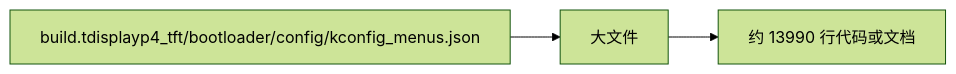
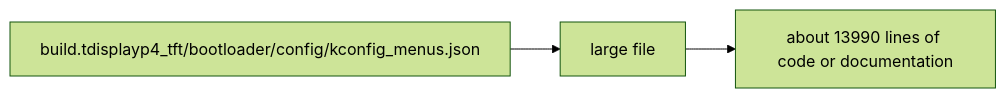
One commit to manmuqingshan/trail-mate changed the diagram in docs/engineering/technical-hotspots/large-file--build-tdisplayp4_tft-bootloader-config-kconfig_menus-json/technical-hotspot.md. Above: the diagram before and after it, drawn with Mermaid (forest theme). The commit also changed other lines of this file and 527 other files, not shown here.

````diff
--- a/docs/engineering/technical-hotspots/large-file--build-tdisplayp4_tft-bootloader-config-kconfig_menus-json/technical-hotspot.md
+++ b/docs/engineering/technical-hotspots/large-file--build-tdisplayp4_tft-bootloader-config-kconfig_menus-json/technical-hotspot.md
@@ -40,8 +40,8 @@
 ```mermaid
 flowchart LR
   target["build.tdisplayp4_tft/bootloader/config/kconfig_menus.json"]
-  hotspot["大文件"]
-  signal["约 13990 行代码或文档"]
+ hotspot["large file"]
+ signal["about 13990 lines of code or documentation"]
   target --> hotspot
   hotspot --> signal
 ```
````
